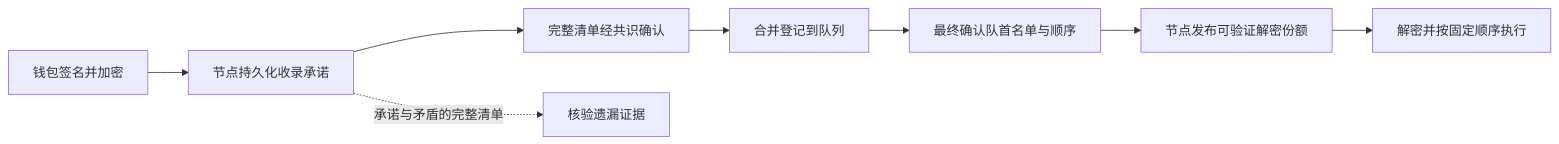
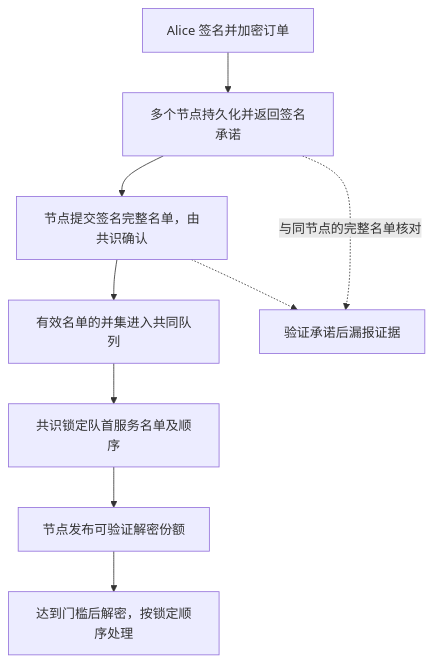
Before and after one commit to LiamTang827/pinomarket: the diagram in README.zh-CN.md, drawn with Mermaid. The commit also changed other lines of this file and 28 other files, not shown here.

````diff
--- a/README.zh-CN.md
+++ b/README.zh-CN.md
@@ -34,10 +31,11 @@
 ```mermaid
-flowchart LR
-    A[钱包签名并加密] --> B[节点持久化收录承诺]
-    B --> C[完整清单经共识确认]
-    C --> D[合并登记到队列]
-    D --> E[最终确认队首名单与顺序]
-    E --> F[节点发布可验证解密份额]
-    F --> G[解密并按固定顺序执行]
-    B -. 承诺与矛盾的完整清单 .-> H[核验遗漏证据]
+flowchart TD
+    A["Alice 签名并加密订单"] --> B["多个节点持久化并返回签名承诺"]
+    B --> C["节点提交签名完整名单，由共识确认"]
+    C --> D["有效名单的并集进入共同队列"]
+    D --> E["共识锁定队首服务名单及顺序"]
+    E --> F["节点发布可验证解密份额"]
+    F --> G["达到门槛后解密，按锁定顺序处理"]
+    B -. "与同节点的完整名单核对" .-> H["验证承诺后漏报证据"]
+    C -.-> H
 ```
````
